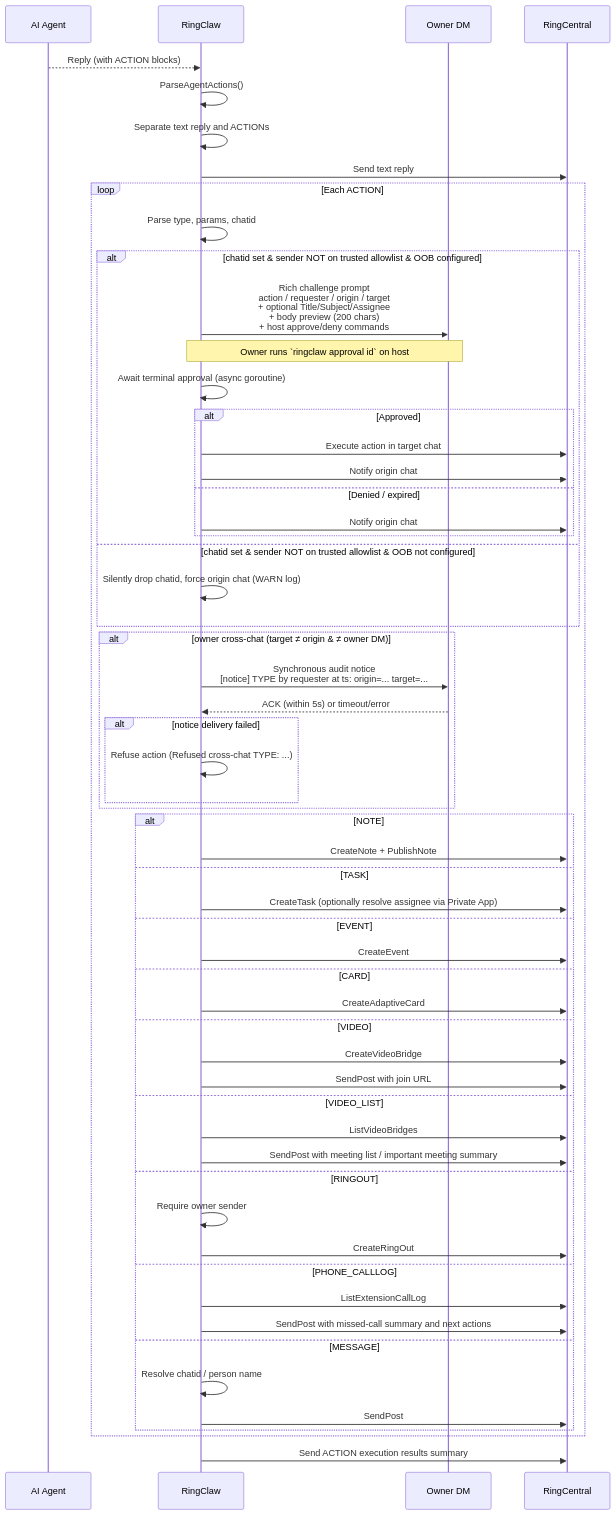
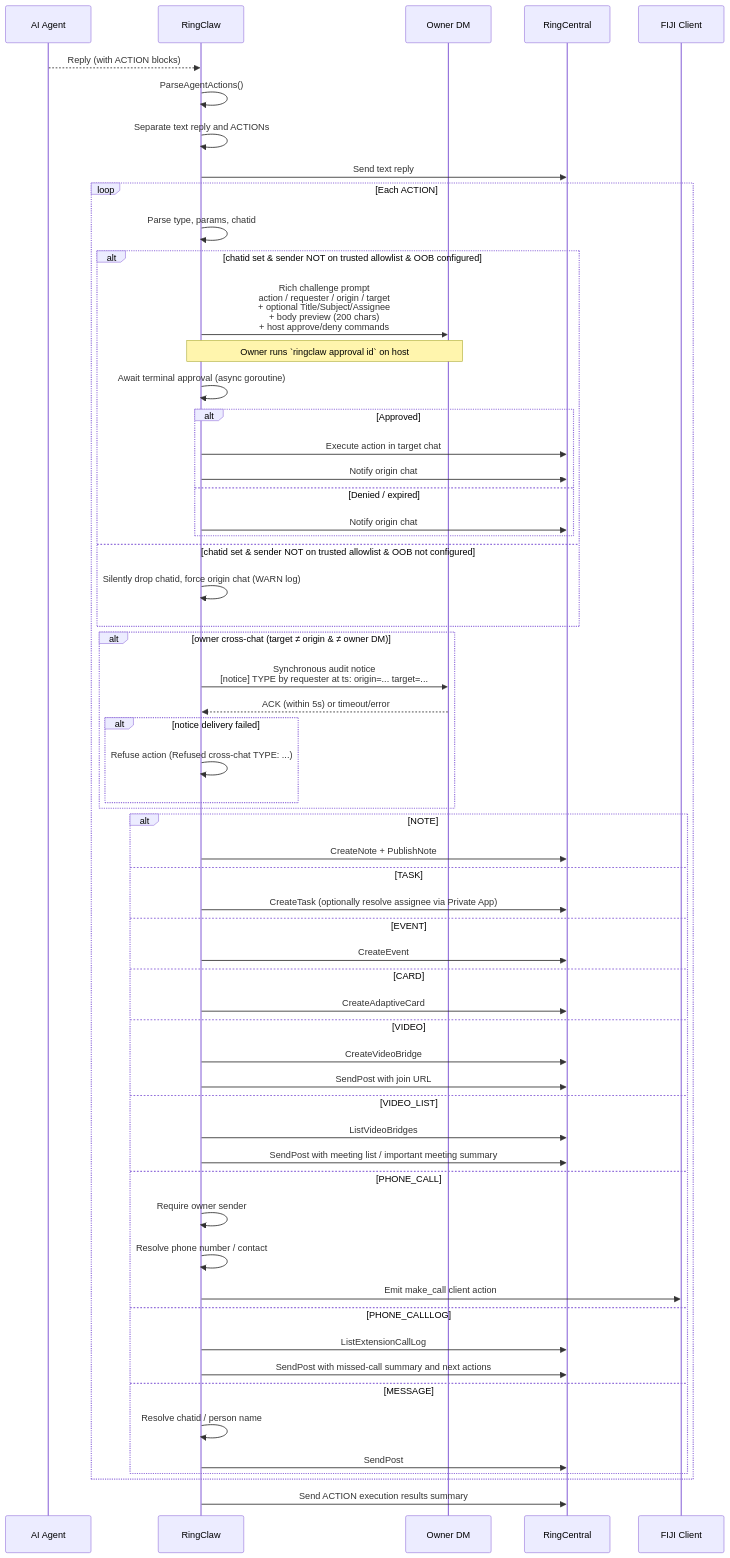
Before and after one commit to ringclaw/ringclaw: the diagram in docs/features/actions.md, drawn with Mermaid. The commit also changed other lines of this file and 44 other files, not shown here.

````diff
--- a/docs/features/actions.md
+++ b/docs/features/actions.md
@@ -13,60 +13,62 @@
 ```mermaid
 sequenceDiagram
     participant AI as AI Agent
     participant R as RingClaw
     participant O as Owner DM
     participant RC as RingCentral
+    participant FIJI as FIJI Client
 
     AI-->>R: Reply (with ACTION blocks)
     R->>R: ParseAgentActions()
     R->>R: Separate text reply and ACTIONs
     R->>RC: Send text reply
     loop Each ACTION
         R->>R: Parse type, params, chatid
         alt chatid set & sender NOT on trusted allowlist & OOB configured
             R->>O: Rich challenge prompt<br/>action / requester / origin / target<br/>+ optional Title/Subject/Assignee<br/>+ body preview (200 chars)<br/>+ host approve/deny commands
             Note over O,R: Owner runs `ringclaw approval id` on host
             R->>R: Await terminal approval (async goroutine)
             alt Approved
                 R->>RC: Execute action in target chat
                 R->>RC: Notify origin chat
             else Denied / expired
                 R->>RC: Notify origin chat
             end
         else chatid set & sender NOT on trusted allowlist & OOB not configured
             R->>R: Silently drop chatid, force origin chat (WARN log)
         end
         alt owner cross-chat (target ≠ origin & ≠ owner DM)
             R->>O: Synchronous audit notice<br/>[notice] TYPE by requester at ts: origin=... target=...
             O-->>R: ACK (within 5s) or timeout/error
             alt notice delivery failed
                 R->>R: Refuse action (Refused cross-chat TYPE: ...)
             end
         end
         alt NOTE
             R->>RC: CreateNote + PublishNote
         else TASK
             R->>RC: CreateTask (optionally resolve assignee via Private App)
         else EVENT
             R->>RC: CreateEvent
         else CARD
             R->>RC: CreateAdaptiveCard
         else VIDEO
             R->>RC: CreateVideoBridge
             R->>RC: SendPost with join URL
         else VIDEO_LIST
             R->>RC: ListVideoBridges
             R->>RC: SendPost with meeting list / important meeting summary
-        else RINGOUT
+        else PHONE_CALL
             R->>R: Require owner sender
-            R->>RC: CreateRingOut
+            R->>R: Resolve phone number / contact
+            R->>FIJI: Emit make_call client action
         else PHONE_CALLLOG
             R->>RC: ListExtensionCallLog
             R->>RC: SendPost with missed-call summary and next actions
         else MESSAGE
             R->>R: Resolve chatid / person name
             R->>RC: SendPost
         end
     end
     R->>RC: Send ACTION execution results summary
 ```
````
